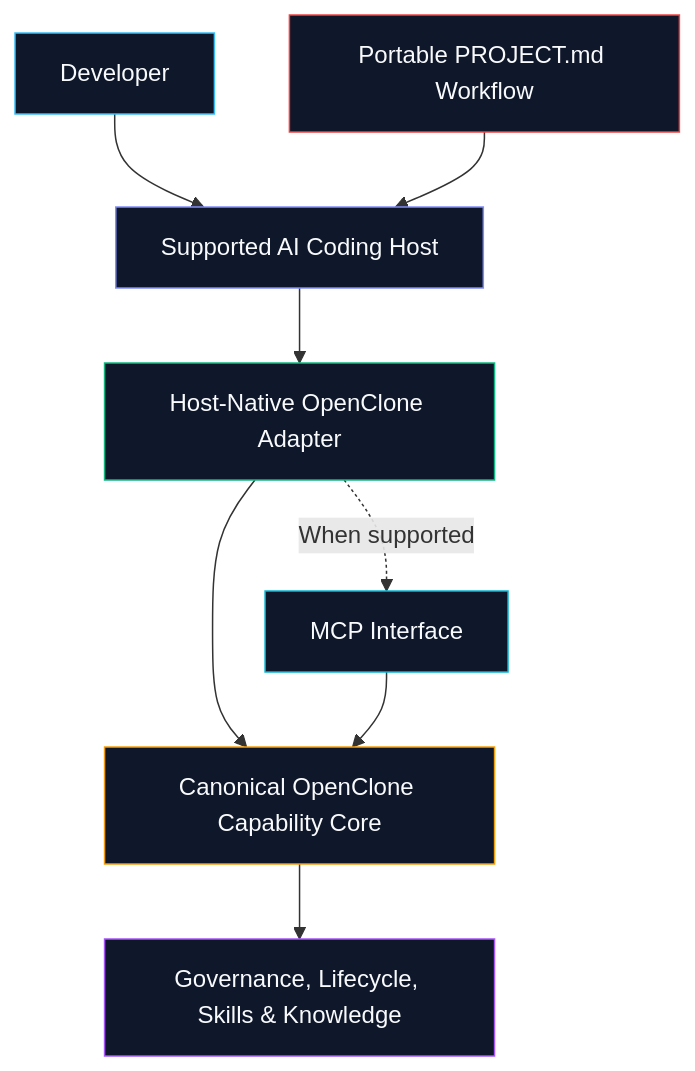
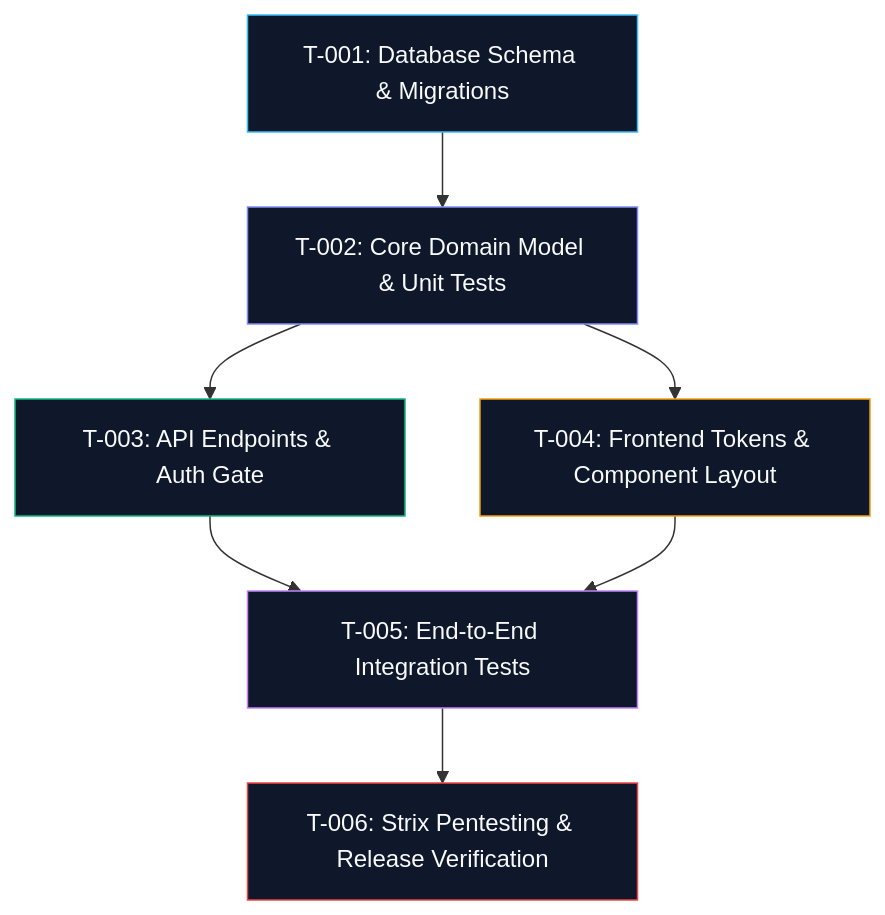
Before and after one commit to MK-1603/OpenClone: the second of 6 diagrams in README.md, drawn with Mermaid. The commit also changed other lines of this file, not shown here.

Commit message:
docs(readme): global premium README upgrade with verified architecture, lifecycle, and engineering governance

````diff
--- a/README.md
+++ b/README.md
@@ -95,18 +168,16 @@
 ```mermaid
-flowchart TD
-    U["Developer"] --> H["Supported AI Coding Host"]
-    H --> A["Host-Native OpenClone Adapter"]
-    A --> C["Canonical OpenClone Capability Core"]
-    C --> G["Governance, Lifecycle, Skills & Knowledge"]
-    A -. "When supported" .-> M["MCP Interface"]
-    M --> C
-    P["Portable PROJECT.md Workflow"] --> H
+graph TD
+    T1["T-001: Database Schema & Migrations"] --> T2["T-002: Core Domain Model & Unit Tests"]
+    T2 --> T3["T-003: API Endpoints & Auth Gate"]
+    T2 --> T4["T-004: Frontend Tokens & Component Layout"]
+    T3 --> T5["T-005: End-to-End Integration Tests"]
+    T4 --> T5
+    T5 --> T6["T-006: Strix Pentesting & Release Verification"]
 
-    style U fill:#0f172a,stroke:#38bdf8,stroke-width:1px,color:#f8fafc
-    style H fill:#0f172a,stroke:#818cf8,stroke-width:1px,color:#f8fafc
-    style A fill:#0f172a,stroke:#10b981,stroke-width:1px,color:#f8fafc
-    style C fill:#0f172a,stroke:#f59e0b,stroke-width:1px,color:#f8fafc
-    style G fill:#0f172a,stroke:#a855f7,stroke-width:1px,color:#f8fafc
-    style M fill:#0f172a,stroke:#06b6d4,stroke-width:1px,color:#f8fafc
-    style P fill:#0f172a,stroke:#ef4444,stroke-width:1px,color:#f8fafc
+    style T1 fill:#0f172a,stroke:#38bdf8,stroke-width:1px,color:#f8fafc
+    style T2 fill:#0f172a,stroke:#818cf8,stroke-width:1px,color:#f8fafc
+    style T3 fill:#0f172a,stroke:#10b981,stroke-width:1px,color:#f8fafc
+    style T4 fill:#0f172a,stroke:#f59e0b,stroke-width:1px,color:#f8fafc
+    style T5 fill:#0f172a,stroke:#c084fc,stroke-width:1px,color:#f8fafc
+    style T6 fill:#0f172a,stroke:#ef4444,stroke-width:1px,color:#f8fafc
 ```
````
